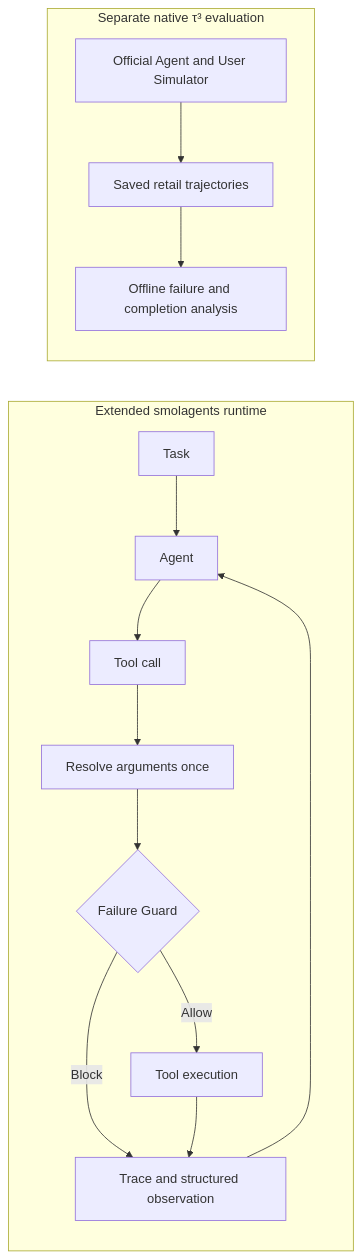
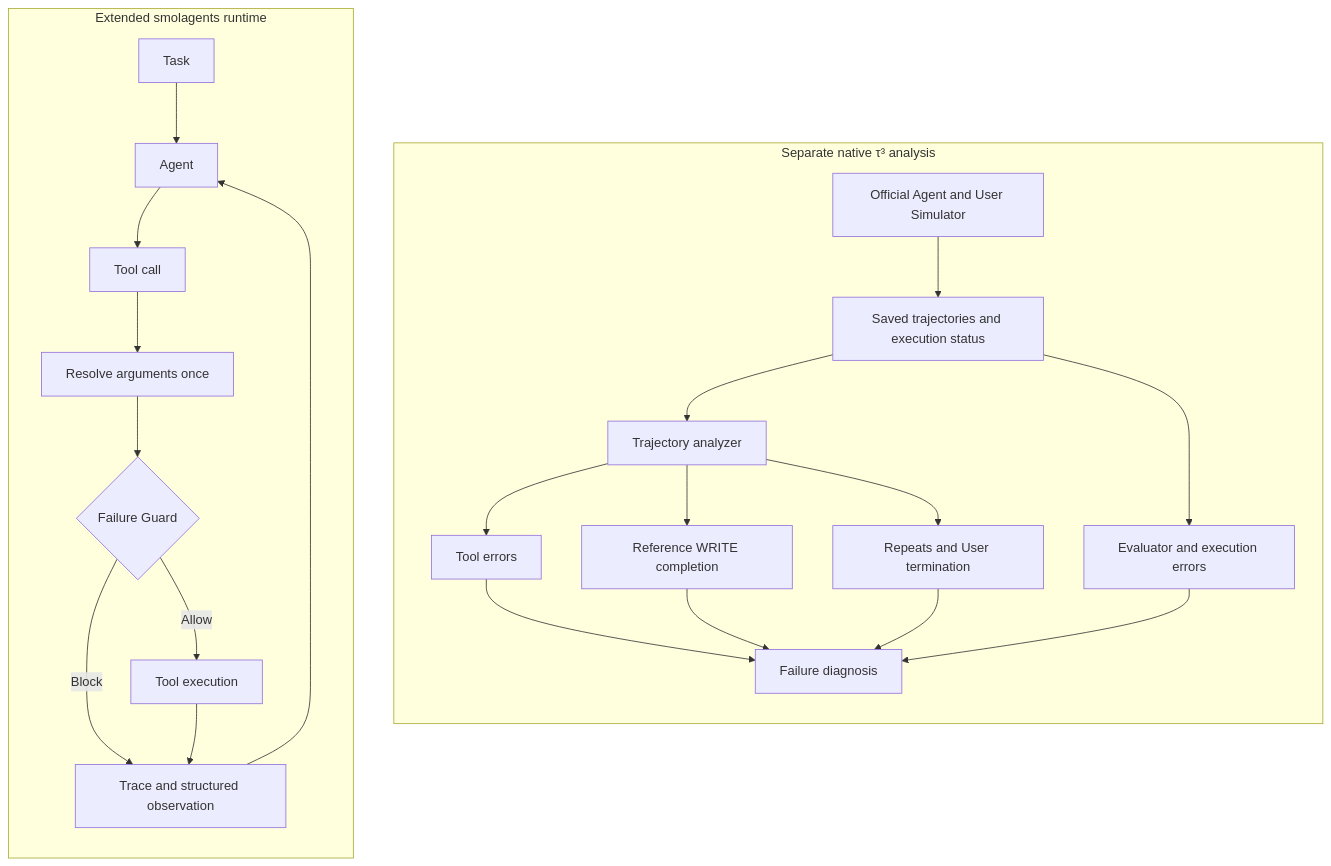
The diagram in README.md (Kk111777/ReliableToolAgent), drawn with Mermaid before and after one commit. The commit also changed other lines of this file and 1 other file, not shown here.

First line of the commit message:
Lead with runtime design and benchmark diagnosis (#17)

````diff
--- a/README.md
+++ b/README.md
@@ -52,17 +60,28 @@
 ```mermaid
 flowchart LR
     subgraph Runtime[Extended smolagents runtime]
+        direction TB
         T[Task] --> A[Agent]
         A --> C[Tool call]
         C --> R[Resolve arguments once]
         R --> G{Failure Guard}
         G -->|Allow| E[Tool execution]
         G -->|Block| O[Trace and structured observation]
         E --> O
         O --> A
     end
-    subgraph Retail[Separate native τ³ evaluation]
-        N[Official Agent and User Simulator] --> S[Saved retail trajectories]
-        S --> D[Offline failure and completion analysis]
+    subgraph Retail[Separate native τ³ analysis]
+        direction TB
+        N[Official Agent and User Simulator] --> S[Saved trajectories and execution status]
+        S --> D[Trajectory analyzer]
+        D --> F[Tool errors]
+        D --> W[Reference WRITE completion]
+        D --> X[Repeats and User termination]
+        F --> B[Failure diagnosis]
+        W --> B
+        X --> B
+        S --> V[Evaluator and execution errors]
+        V --> B
     end
+    Runtime ~~~ Retail
 ```
````
